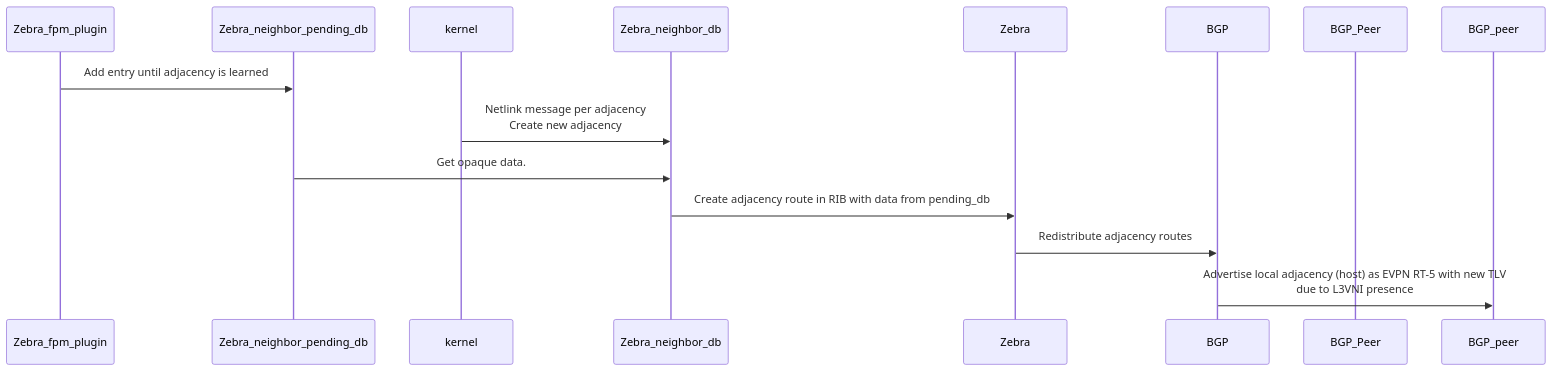
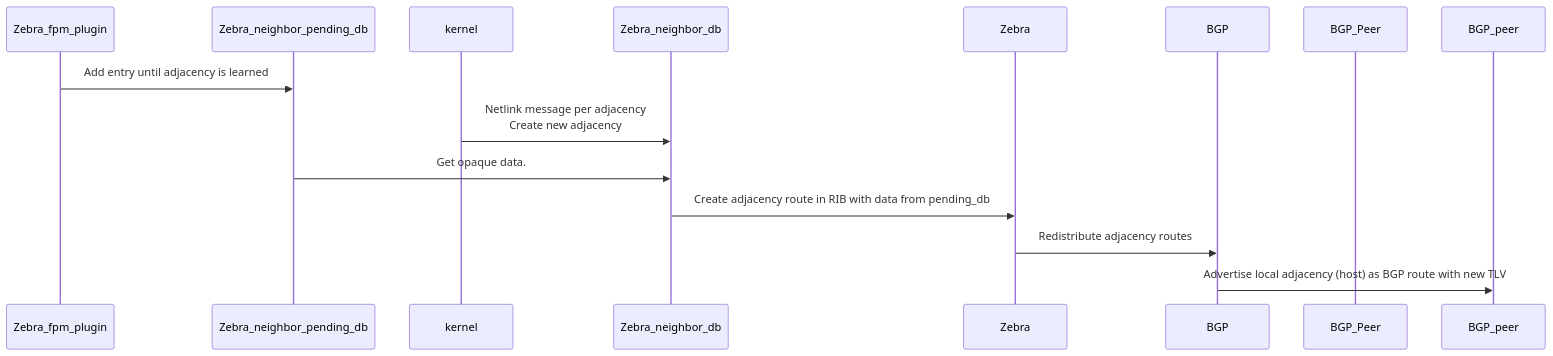
Before and after one commit to sonic-net/SONiC: the first of 3 diagrams in doc/voq/dynamic_host_hld.md, drawn with Mermaid. The commit also changed other lines of this file, not shown here.

````diff
--- a/doc/voq/dynamic_host_hld.md
+++ b/doc/voq/dynamic_host_hld.md
@@ -411,17 +373,17 @@
 ```mermaid
 sequenceDiagram
   participant Zebra_fpm_plugin
   participant Zebra_neighbor_pending_db
   participant kernel
   participant Zebra_neighbor_db
   participant Zebra
   participant BGP
   participant BGP_Peer
 
 Zebra_fpm_plugin ->> Zebra_neighbor_pending_db: Add entry until adjacency is learned
 kernel ->> Zebra_neighbor_db: Netlink message per adjacency <br/>Create new adjacency
 Zebra_neighbor_pending_db ->> Zebra_neighbor_db: Get opaque data.
 Zebra_neighbor_db ->> Zebra: Create adjacency route in RIB with data from pending_db
 Zebra ->> BGP: Redistribute adjacency routes
-BGP ->> BGP_peer: Advertise local adjacency (host) as EVPN RT-5 with new TLV <br/> due to L3VNI presence
+BGP ->> BGP_peer: Advertise local adjacency (host) as BGP route with new TLV
 ```
````
